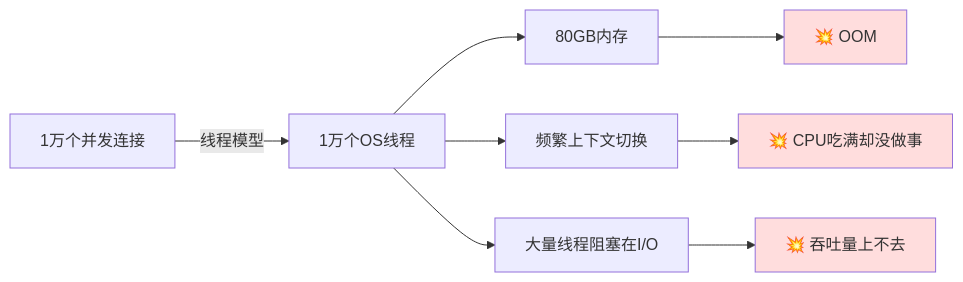
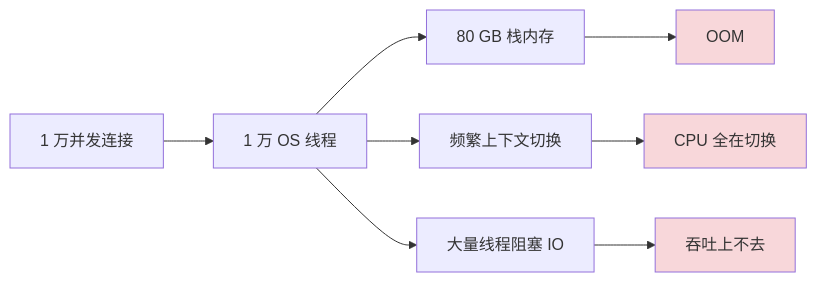
Before and after one commit to chongyang211/YCBookBlog: the second of 8 diagrams in 00.通用技术的提升/02.程序编程原理/03.第3卷并发之道/3.13.协程核心设计思想.md, drawn with Mermaid. The commit also changed other lines of this file and 45 other files, not shown here.

````diff
--- a/00.通用技术的提升/02.程序编程原理/03.第3卷并发之道/3.13.协程核心设计思想.md
+++ b/00.通用技术的提升/02.程序编程原理/03.第3卷并发之道/3.13.协程核心设计思想.md
@@ -66,13 +188,14 @@
 ```mermaid
 flowchart LR
-    A[1万个并发连接] -->|线程模型| B[1万个OS线程]
-    B --> C[80GB内存]
+    A[1 万并发连接] --> B[1 万 OS 线程]
+    B --> C[80 GB 栈内存]
     B --> D[频繁上下文切换]
-    B --> E[大量线程阻塞在I/O]
-    C --> F[💥 OOM]
-    D --> G[💥 CPU吃满却没做事]
-    E --> H[💥 吞吐量上不去]
-    style F fill:#ffdddd
-    style G fill:#ffdddd
-    style H fill:#ffdddd
+    B --> E[大量线程阻塞 IO]
+    C --> F[OOM]
+    D --> G[CPU 全在切换]
+    E --> H[吞吐上不去]
+    
+    style F fill:#f8d7da
+    style G fill:#f8d7da
+    style H fill:#f8d7da
 ```
````
